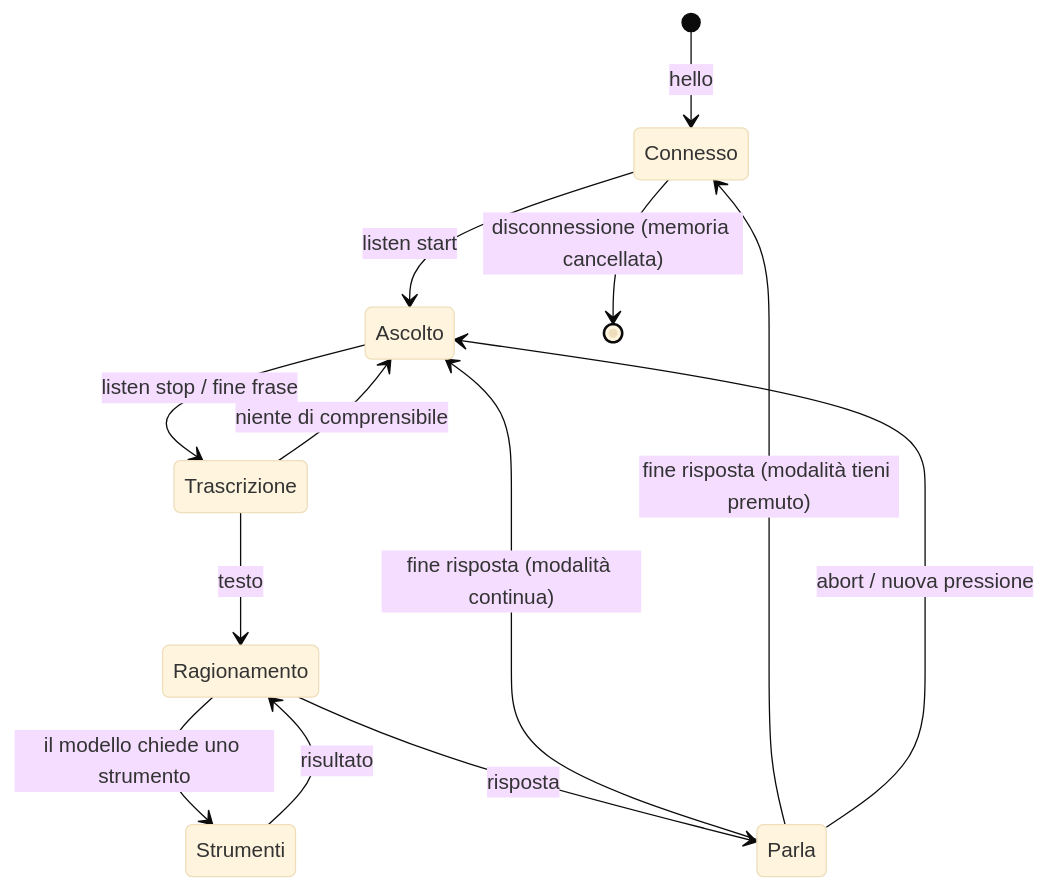
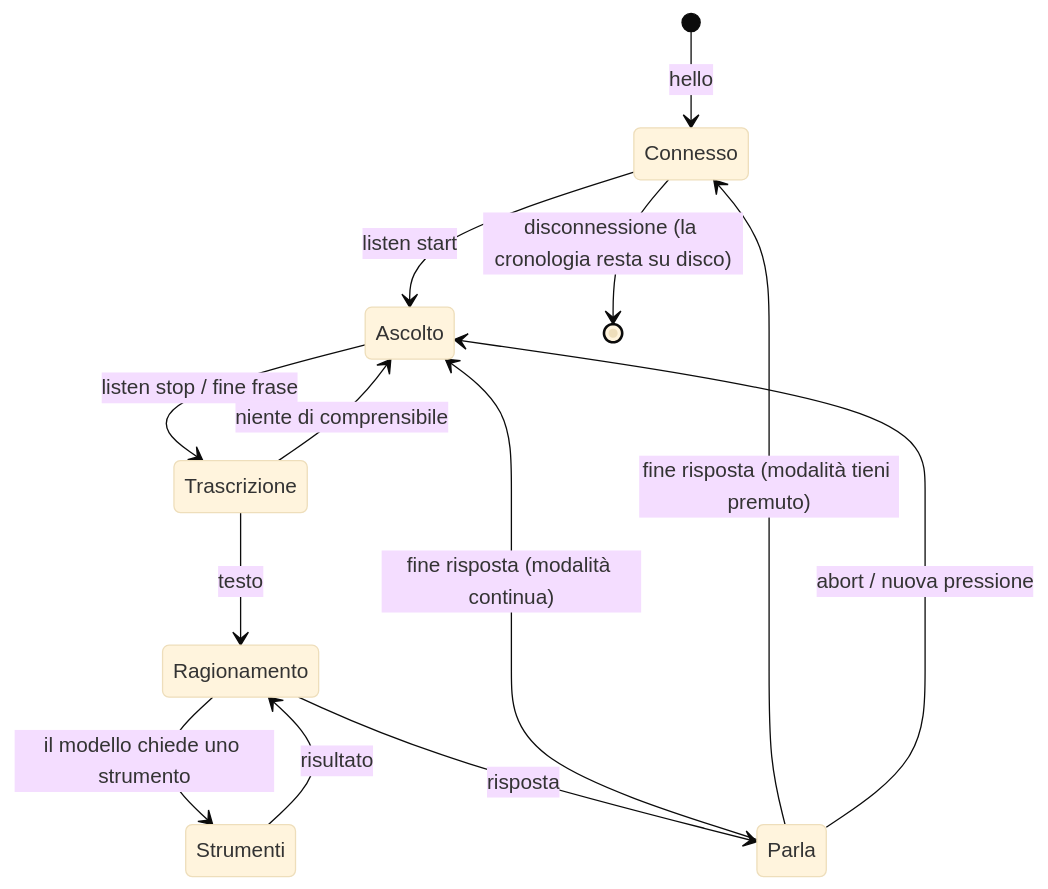
The third of 5 diagrams in docs/ARCHITETTURA.md (BitJacker/xiaozhi-local-server), drawn with Mermaid (base theme) before and after one commit. The commit also changed other lines of this file and 15 other files, not shown here.

````diff
--- a/docs/ARCHITETTURA.md
+++ b/docs/ARCHITETTURA.md
@@ -88,15 +94,15 @@
 ```mermaid
 stateDiagram-v2
     [*] --> Connesso: hello
     Connesso --> Ascolto: listen start
     Ascolto --> Trascrizione: listen stop / fine frase
     Trascrizione --> Ascolto: niente di comprensibile
     Trascrizione --> Ragionamento: testo
     Ragionamento --> Strumenti: il modello chiede uno strumento
     Strumenti --> Ragionamento: risultato
     Ragionamento --> Parla: risposta
     Parla --> Ascolto: fine risposta (modalità continua)
     Parla --> Connesso: fine risposta (modalità tieni premuto)
     Parla --> Ascolto: abort / nuova pressione
-    Connesso --> [*]: disconnessione (memoria cancellata)
+    Connesso --> [*]: disconnessione (la cronologia resta su disco)
 ```
````
